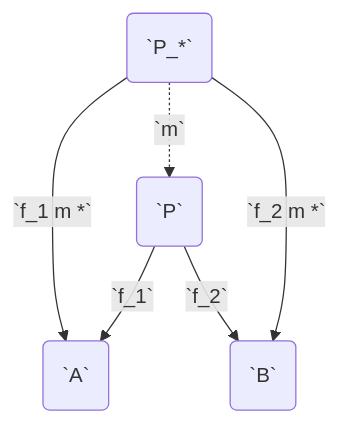
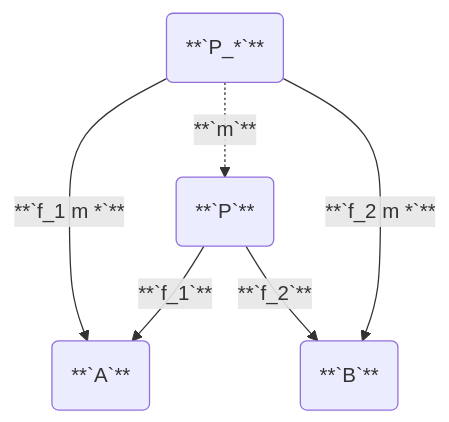
One commit to Bricktech2000/Notes changed the first of 2 diagrams in notes/category.md. Above: the diagram before and after it, drawn with Mermaid. The commit also changed other lines of this file and 25 other files, not shown here.

````diff
--- a/notes/category.md
+++ b/notes/category.md
@@ -202,14 +202,14 @@
 ```mermaid
 graph TD
-  A(`A`)
-  B(`B`)
-  P(`P`)
-  P_(`P_*`)
+  A(**`A`**)
+  B(**`B`**)
+  P(**`P`**)
+  P_(**`P_*`**)
 
-  P -- `f_1` --> A
-  P -- `f_2` --> B
+  P -- **`f_1`** --> A
+  P -- **`f_2`** --> B
 
-  P_ -- `f_1 m *` --> A
-  P_ -. `m` .-> P
-  P_ -- `f_2 m *` --> B
+  P_ -- **`f_1 m *`** --> A
+  P_ -. **`m`** .-> P
+  P_ -- **`f_2 m *`** --> B
 ```
````
